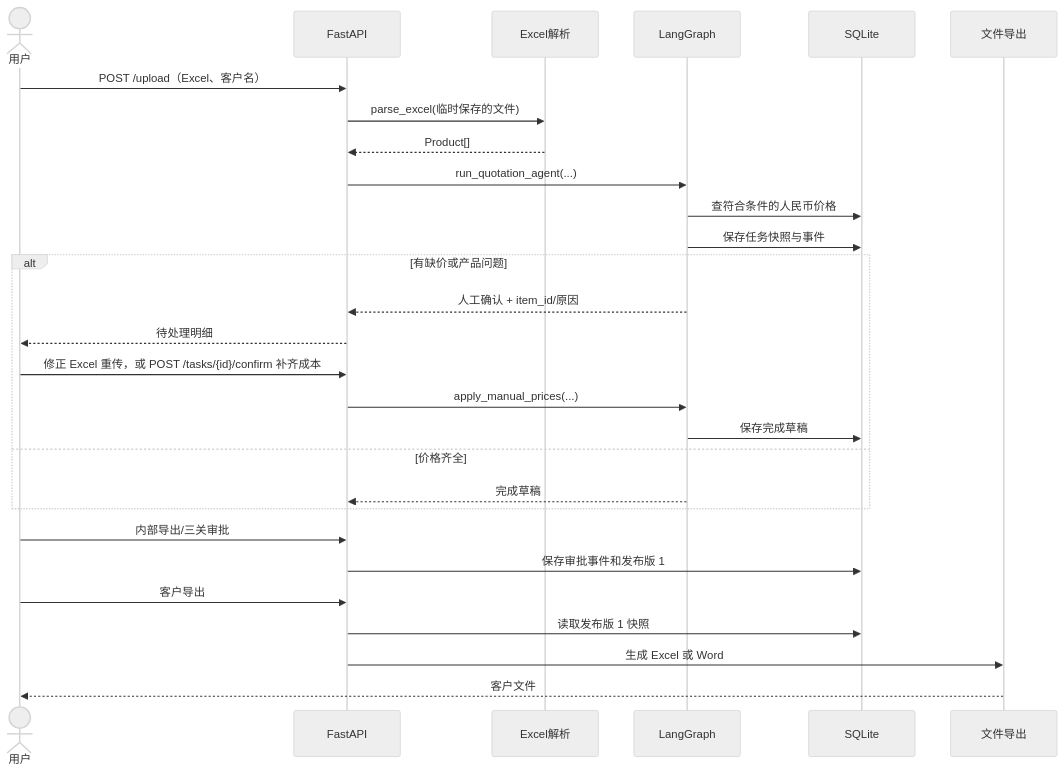
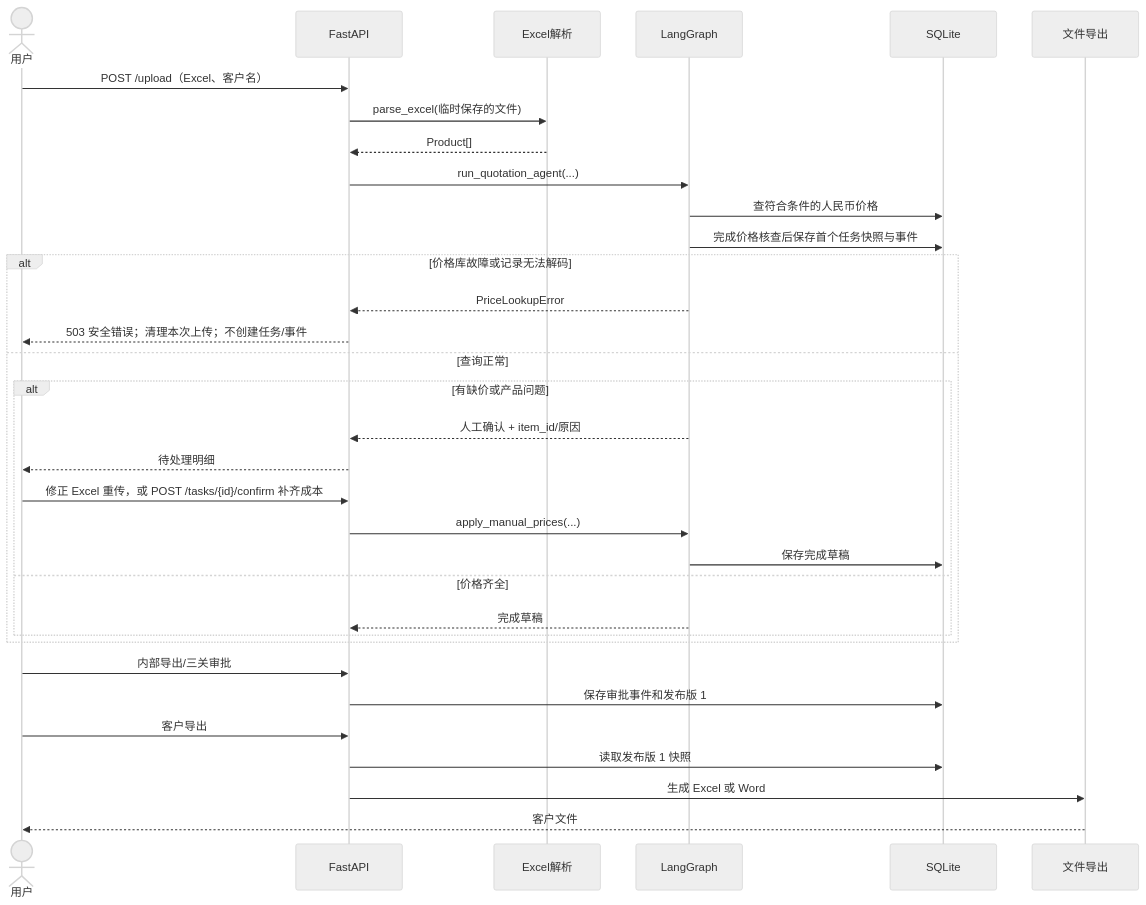
The second of 2 diagrams in docs/SYSTEM_DESIGN.md (chenlisha2333/quotation-agent), drawn with Mermaid (neutral theme) before and after one commit. The commit also changed other lines of this file and 49 other files, not shown here.

````diff
--- a/docs/SYSTEM_DESIGN.md
+++ b/docs/SYSTEM_DESIGN.md
@@ -94,30 +97,35 @@
 ```mermaid
 sequenceDiagram
     actor U as 用户
     participant A as FastAPI
     participant P as Excel解析
     participant G as LangGraph
     participant D as SQLite
     participant E as 文件导出
     U->>A: POST /upload（Excel、客户名）
     A->>P: parse_excel(临时保存的文件)
     P-->>A: Product[]
     A->>G: run_quotation_agent(...)
     G->>D: 查符合条件的人民币价格
-    G->>D: 保存任务快照与事件
+    G->>D: 完成价格核查后保存首个任务快照与事件
+    alt 价格库故障或记录无法解码
+        G-->>A: PriceLookupError
+        A-->>U: 503 安全错误；清理本次上传；不创建任务/事件
+    else 查询正常
     alt 有缺价或产品问题
         G-->>A: 人工确认 + item_id/原因
         A-->>U: 待处理明细
         U->>A: 修正 Excel 重传，或 POST /tasks/{id}/confirm 补齐成本
         A->>G: apply_manual_prices(...)
         G->>D: 保存完成草稿
     else 价格齐全
         G-->>A: 完成草稿
     end
+    end
     U->>A: 内部导出/三关审批
     A->>D: 保存审批事件和发布版 1
     U->>A: 客户导出
     A->>D: 读取发布版 1 快照
     A->>E: 生成 Excel 或 Word
     E-->>U: 客户文件
 ```
````
